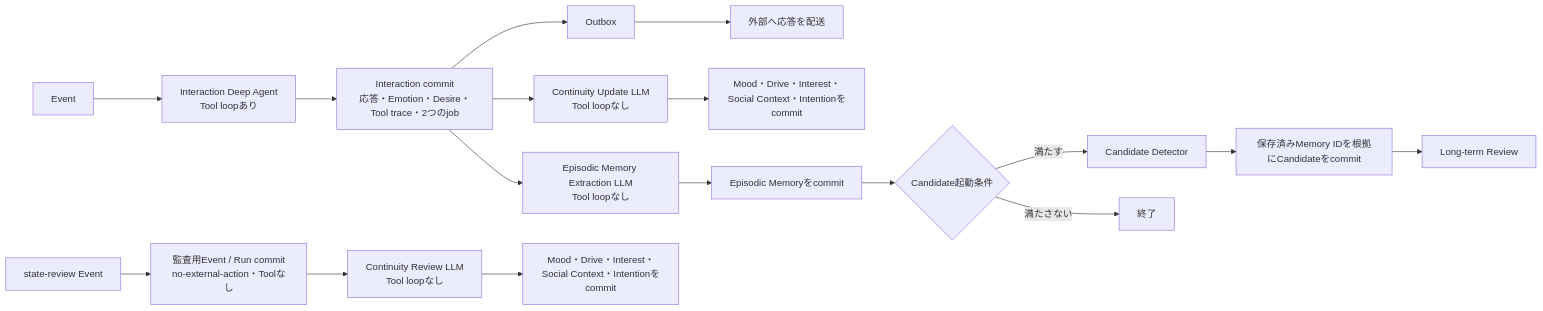
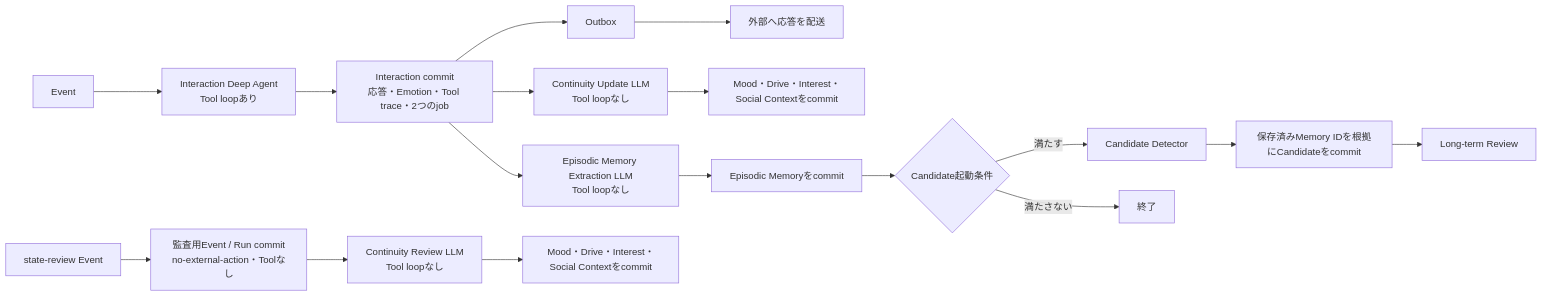
Before and after one commit to if001/social_agent: the third of 4 diagrams in docs/ARCHITECTURE.md, drawn with Mermaid. The commit also changed other lines of this file and 11 other files, not shown here.

````diff
--- a/docs/ARCHITECTURE.md
+++ b/docs/ARCHITECTURE.md
@@ -264,20 +253,20 @@
 ```mermaid
 flowchart LR
     E[Event] --> I[Interaction Deep Agent<br/>Tool loopあり]
-    I --> C[Interaction commit<br/>応答・Emotion・Desire・Tool trace・2つのjob]
+    I --> C[Interaction commit<br/>応答・Emotion・Tool trace・2つのjob]
     C --> O[Outbox]
     O --> Q[外部へ応答を配送]
     C --> U[Continuity Update LLM<br/>Tool loopなし]
     C --> M[Episodic Memory Extraction LLM<br/>Tool loopなし]
-    U --> US[Mood・Drive・Interest・Social Context・Intentionをcommit]
+    U --> US[Mood・Drive・Interest・Social Contextをcommit]
     M --> MS[Episodic Memoryをcommit]
     MS --> G{Candidate起動条件}
     G -->|満たす| D[Candidate Detector]
     G -->|満たさない| X[終了]
     D --> DS[保存済みMemory IDを根拠にCandidateをcommit]
     DS --> R[Long-term Review]
 
     SR[state-review Event] --> SC[監査用Event / Run commit<br/>no-external-action・Toolなし]
     SC --> SU[Continuity Review LLM<br/>Tool loopなし]
-    SU --> SS[Mood・Drive・Interest・Social Context・Intentionをcommit]
+    SU --> SS[Mood・Drive・Interest・Social Contextをcommit]
 ```
````
